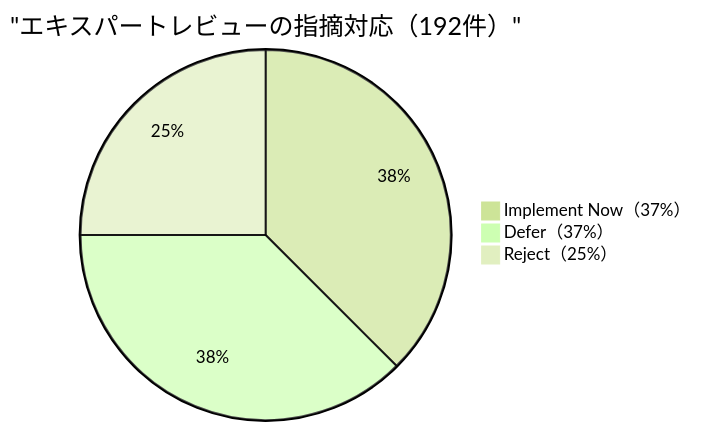
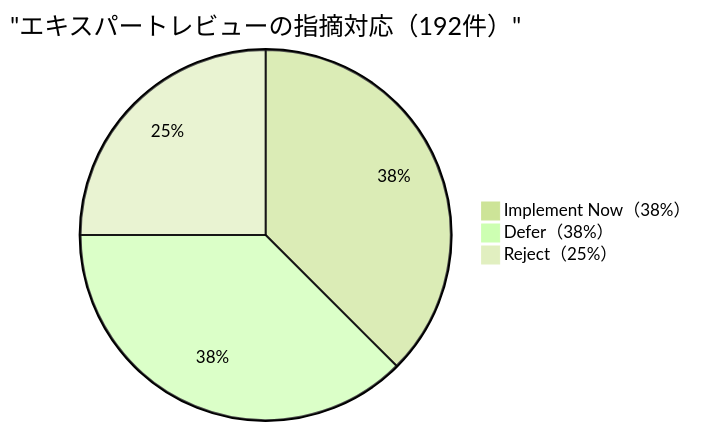
One commit to nablarch/nabledge-dev changed the second of 2 diagrams in docs/articles/03-build-with-expert.md. Above: the diagram before and after it, drawn with Mermaid (forest theme). The commit also changed other lines of this file and 2 other files, not shown here.

````diff
--- a/docs/articles/03-build-with-expert.md
+++ b/docs/articles/03-build-with-expert.md
@@ -122,6 +122,6 @@
 ```mermaid
 pie title "エキスパートレビューの指摘対応（192件）"
-  "Implement Now（37%）" : 72
-  "Defer（37%）" : 72
+  "Implement Now（38%）" : 72
+  "Defer（38%）" : 72
   "Reject（25%）" : 48
 ```
````
